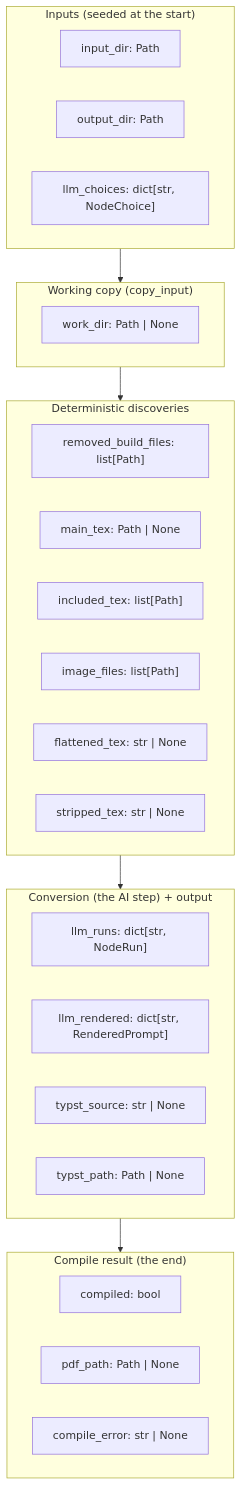
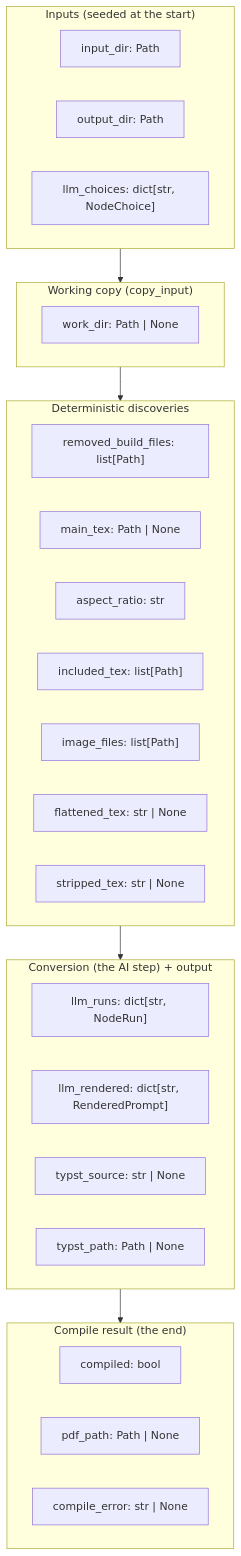
Before and after one commit to SushrutGaikwad/b2t: the third of 11 diagrams in CODEBASE_GUIDE.md, drawn with Mermaid. The commit also changed other lines of this file and 13 other files, not shown here.

First line of the commit message:
feat: carry the beamer aspect ratio into the generated touying deck

````diff
--- a/CODEBASE_GUIDE.md
+++ b/CODEBASE_GUIDE.md
@@ -271,31 +272,32 @@
 ```mermaid
 flowchart TB
     subgraph In ["Inputs (seeded at the start)"]
         i1["input_dir: Path"]
         i2["output_dir: Path"]
         i3["llm_choices: dict[str, NodeChoice]"]
     end
     subgraph Work ["Working copy (copy_input)"]
         w1["work_dir: Path | None"]
     end
     subgraph Disc ["Deterministic discoveries"]
         d1["removed_build_files: list[Path]"]
         d2["main_tex: Path | None"]
+        d2a["aspect_ratio: str"]
         d3["included_tex: list[Path]"]
         d4["image_files: list[Path]"]
         d5["flattened_tex: str | None"]
         d6["stripped_tex: str | None"]
     end
     subgraph Conv ["Conversion (the AI step) + output"]
         c0["llm_runs: dict[str, NodeRun]"]
         c4["llm_rendered: dict[str, RenderedPrompt]"]
         c1["typst_source: str | None"]
         c2["typst_path: Path | None"]
     end
     subgraph Comp ["Compile result (the end)"]
         r1["compiled: bool"]
         r2["pdf_path: Path | None"]
         r3["compile_error: str | None"]
     end
     In --> Work --> Disc --> Conv --> Comp
 ```
````
